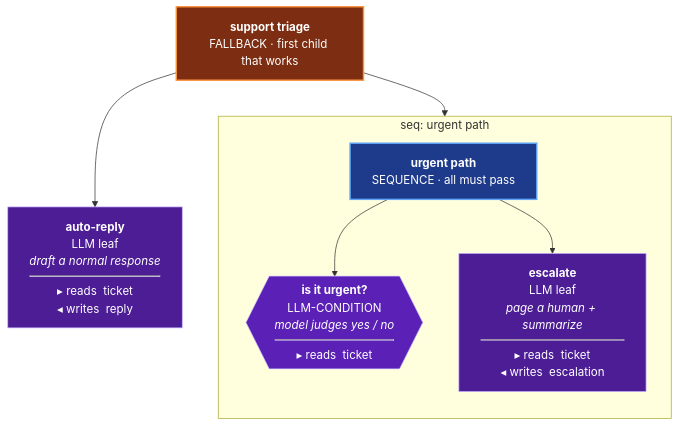
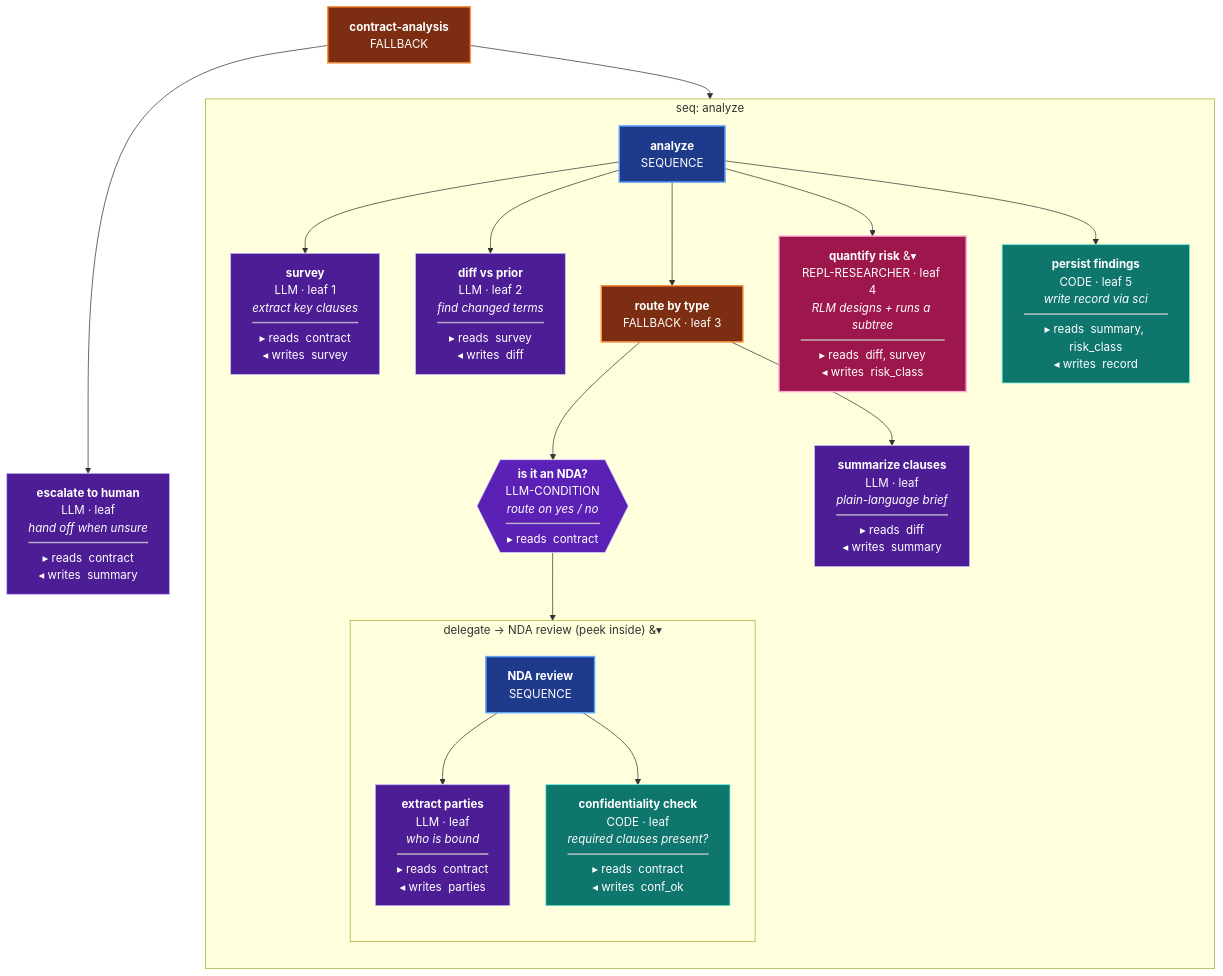
The second of 5 diagrams in README.md (davidwuchn/orc), drawn with Mermaid before and after one commit. The commit also changed other lines of this file and 1 other file, not shown here.

First line of the commit message:
docs: richer game stacking tree (with node cards) + restore complex contract tree

````diff
--- a/README.md
+++ b/README.md
@@ -28,16 +43,30 @@
 ```mermaid
 flowchart TB
-  triage["<b>support triage</b><br/>FALLBACK · first child that works"]:::fb
-  triage --> urgent
-  triage --> auto["<b>auto-reply</b><br/>LLM leaf<br/><i>draft a normal response</i><hr/>▸ reads&nbsp;&nbsp;ticket<br/>◂ writes&nbsp;&nbsp;reply"]:::llm
-  subgraph URGENT["seq: urgent path"]
+  root["<b>contract-analysis</b><br/>FALLBACK"]:::fb
+  root --> main
+  root --> human["<b>escalate to human</b><br/>LLM · leaf<br/><i>hand off when unsure</i><hr/>▸ reads&nbsp;&nbsp;contract<br/>◂ writes&nbsp;&nbsp;summary"]:::llm
+  subgraph MAIN["seq: analyze"]
     direction TB
-    urgent["<b>urgent path</b><br/>SEQUENCE · all must pass"]:::seq
-    urgent --> isUrgent{{"<b>is it urgent?</b><br/>LLM-CONDITION<br/><i>model judges yes / no</i><hr/>▸ reads&nbsp;&nbsp;ticket"}}:::llmc
-    urgent --> esc["<b>escalate</b><br/>LLM leaf<br/><i>page a human + summarize</i><hr/>▸ reads&nbsp;&nbsp;ticket<br/>◂ writes&nbsp;&nbsp;escalation"]:::llm
+    main["<b>analyze</b><br/>SEQUENCE"]:::seq
+    main --> survey["<b>survey</b><br/>LLM · leaf 1<br/><i>extract key clauses</i><hr/>▸ reads&nbsp;&nbsp;contract<br/>◂ writes&nbsp;&nbsp;survey"]:::llm
+    main --> diff["<b>diff vs prior</b><br/>LLM · leaf 2<br/><i>find changed terms</i><hr/>▸ reads&nbsp;&nbsp;survey<br/>◂ writes&nbsp;&nbsp;diff"]:::llm
+    main --> route["<b>route by type</b><br/>FALLBACK · leaf 3"]:::fb
+    main --> risk["<b>quantify risk</b> &#9662;<br/>REPL-RESEARCHER · leaf 4<br/><i>RLM designs + runs a subtree</i><hr/>▸ reads&nbsp;&nbsp;diff, survey<br/>◂ writes&nbsp;&nbsp;risk_class"]:::rlm
+    main --> persist["<b>persist findings</b><br/>CODE · leaf 5<br/><i>write record via sci</i><hr/>▸ reads&nbsp;&nbsp;summary, risk_class<br/>◂ writes&nbsp;&nbsp;record"]:::code
+    route --> isNDA{{"<b>is it an NDA?</b><br/>LLM-CONDITION<br/><i>route on yes / no</i><hr/>▸ reads&nbsp;&nbsp;contract"}}:::llmc
+    isNDA --> NDA
+    route --> summarize["<b>summarize clauses</b><br/>LLM · leaf<br/><i>plain-language brief</i><hr/>▸ reads&nbsp;&nbsp;diff<br/>◂ writes&nbsp;&nbsp;summary"]:::llm
+    subgraph NDA["delegate → NDA review&nbsp;(peek inside) &#9662;"]
+      direction TB
+      ndaRoot["<b>NDA review</b><br/>SEQUENCE"]:::seq
+      ndaRoot --> parties["<b>extract parties</b><br/>LLM · leaf<br/><i>who is bound</i><hr/>▸ reads&nbsp;&nbsp;contract<br/>◂ writes&nbsp;&nbsp;parties"]:::llm
+      ndaRoot --> conf["<b>confidentiality check</b><br/>CODE · leaf<br/><i>required clauses present?</i><hr/>▸ reads&nbsp;&nbsp;contract<br/>◂ writes&nbsp;&nbsp;conf_ok"]:::code
+    end
   end
   classDef fb fill:#7c2d12,stroke:#fb923c,color:#fff,stroke-width:2px;
   classDef seq fill:#1e3a8a,stroke:#60a5fa,color:#fff,stroke-width:2px;
+  classDef llm fill:#4c1d95,stroke:#c4b5fd,color:#fff;
   classDef llmc fill:#5b21b6,stroke:#ddd6fe,color:#fff;
-  classDef llm fill:#4c1d95,stroke:#c4b5fd,color:#fff;
+  classDef code fill:#0f766e,stroke:#5eead4,color:#fff;
+  classDef rlm fill:#9d174d,stroke:#f9a8d4,color:#fff,stroke-width:2px;
 ```
````
